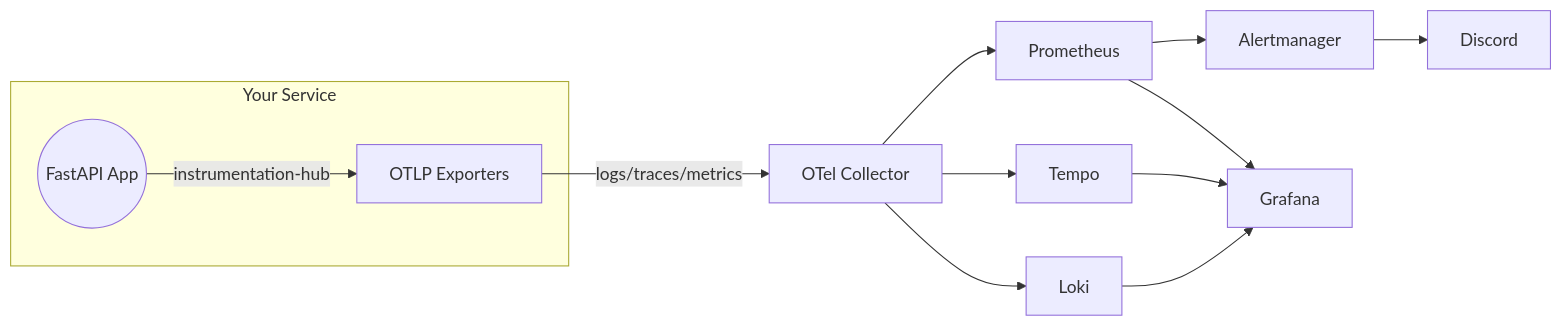
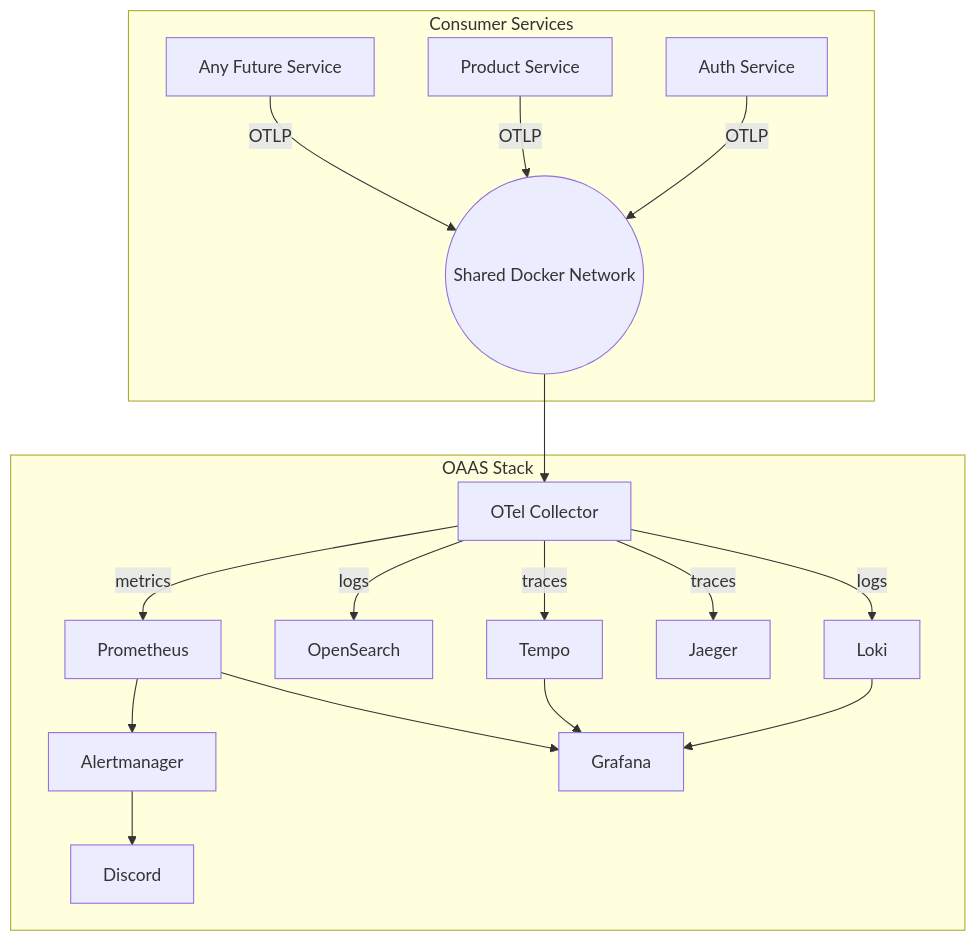
Before and after one commit to vyavasthita/oaas: the diagram in README.md, drawn with Mermaid. The commit also changed other lines of this file and 1 other file, not shown here.

````diff
--- a/README.md
+++ b/README.md
@@ -13,14 +14,22 @@
 ```mermaid
-flowchart LR
-    subgraph Your Service
-        App((FastAPI App)) -->|instrumentation-hub| OTLP[OTLP Exporters]
+flowchart TB
+    subgraph Consumer Services
+        A[Auth Service] -->|OTLP| Net((Shared Docker Network))
+        B[Product Service] -->|OTLP| Net
+        C[Any Future Service] -->|OTLP| Net
     end
-    OTLP -->|logs/traces/metrics| Collector[OTel Collector]
-    Collector --> Loki
-    Collector --> Tempo
-    Collector --> Prometheus
-    Prometheus --> Alertmanager --> Discord
-    Loki --> Grafana
-    Tempo --> Grafana
-    Prometheus --> Grafana
+
+    Net --> Collector[OTel Collector]
+
+    subgraph OAAS Stack
+        Collector -->|logs| Loki
+        Collector -->|logs| OpenSearch
+        Collector -->|traces| Tempo
+        Collector -->|traces| Jaeger
+        Collector -->|metrics| Prometheus
+        Prometheus --> Alertmanager --> Discord
+        Loki --> Grafana
+        Tempo --> Grafana
+        Prometheus --> Grafana
+    end
 ```
````
